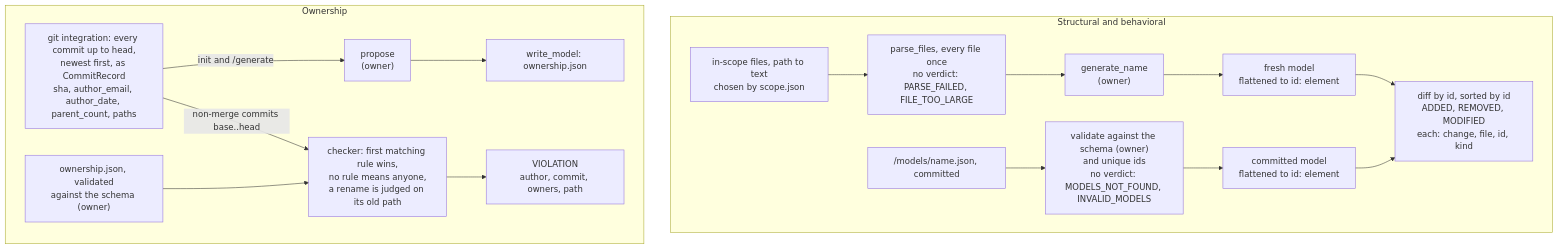
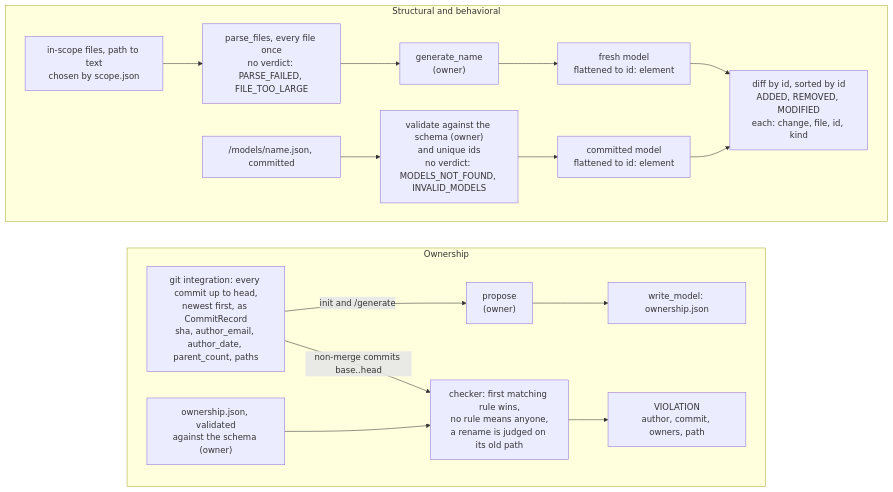
One commit to MuhammadSban/DocumentationModelDrifter changed the diagram in docs/models/model-seam.md. Above: the diagram before and after it, drawn with Mermaid. The commit also changed 5 other files, not shown here.

First line of the commit message:
Draw the wide diagrams top to bottom

````diff
--- a/docs/models/model-seam.md
+++ b/docs/models/model-seam.md
@@ -36,22 +36,24 @@
 ```mermaid
 flowchart TB
     accTitle: The model seam in one check
     accDescr: For structural and behavioral, the core parses the in-scope files, calls the owner's generator, validates the committed model against the owner's schema, flattens both to a map from id to element and diffs them by id. For ownership, the core builds commit records, the owner's propose function turns them into ownership.json at init, and the core's checker judges each commit against those rules.
 
     subgraph SB[Structural and behavioral]
         Files[in-scope files, path to text<br/>chosen by scope.json] --> Parse[parse_files, every file once<br/>no verdict: PARSE_FAILED, FILE_TOO_LARGE]
         Parse --> Gen["generate_name<br/>(owner)"]
         Gen --> Fresh[fresh model<br/>flattened to id: element]
         Committed["/models/name.json, committed"] --> Valid["validate against the schema (owner)<br/>and unique ids<br/>no verdict: MODELS_NOT_FOUND, INVALID_MODELS"]
         Valid --> Old[committed model<br/>flattened to id: element]
         Fresh & Old --> Diff[diff by id, sorted by id<br/>ADDED, REMOVED, MODIFIED<br/>each: change, file, id, kind]
     end
 
     subgraph OW[Ownership]
         Log[git integration: every commit up to head,<br/>newest first, as CommitRecord<br/>sha, author_email, author_date, parent_count, paths]
         Log -- init and /generate --> Prop["propose<br/>(owner)"] --> Write[write_model: ownership.json]
         Log -- non-merge commits base..head --> Check[checker: first matching rule wins,<br/>no rule means anyone,<br/>a rename is judged on its old path]
         Rules["ownership.json, validated<br/>against the schema (owner)"] --> Check
         Check --> Viol[VIOLATION<br/>author, commit, owners, path]
     end
+
+    SB ~~~ OW
 ```
````
